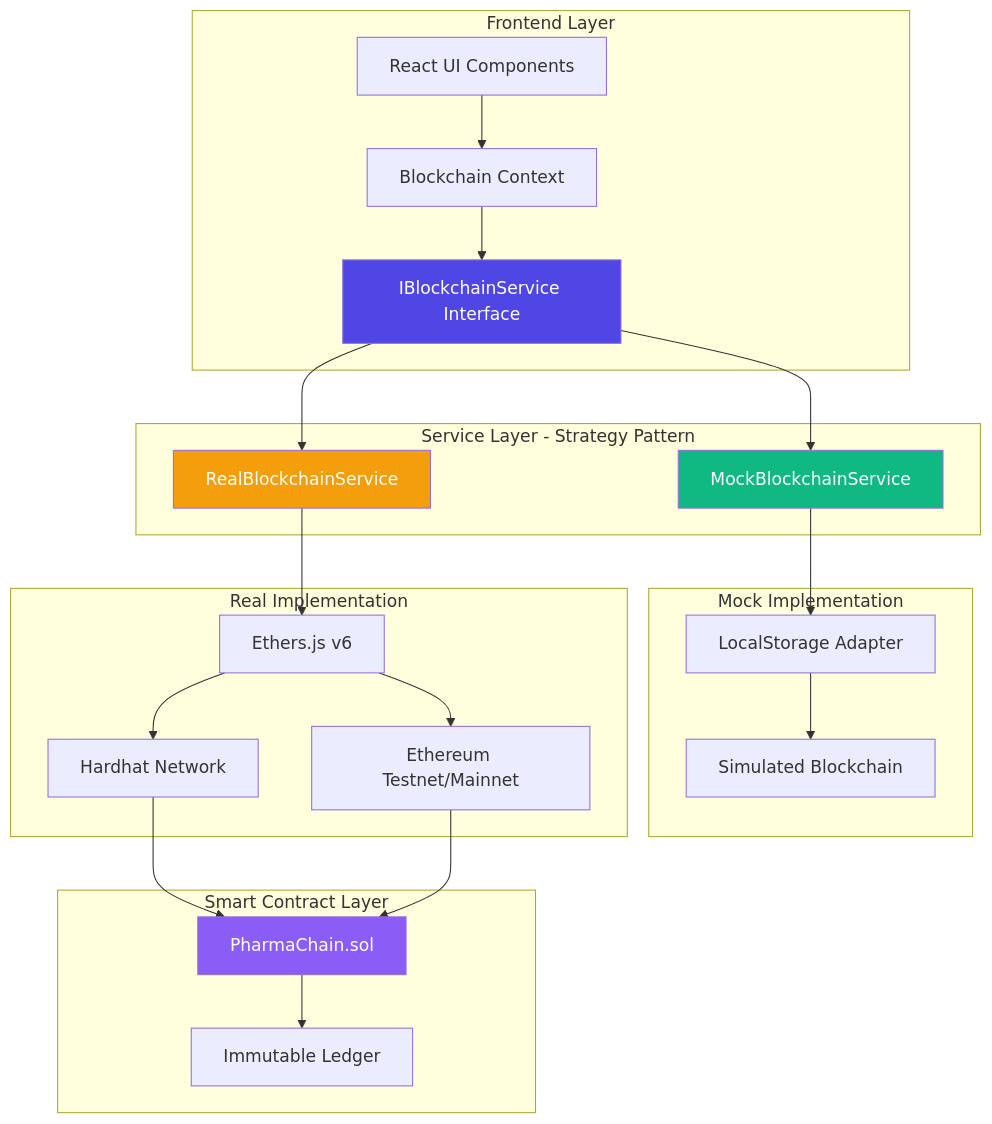
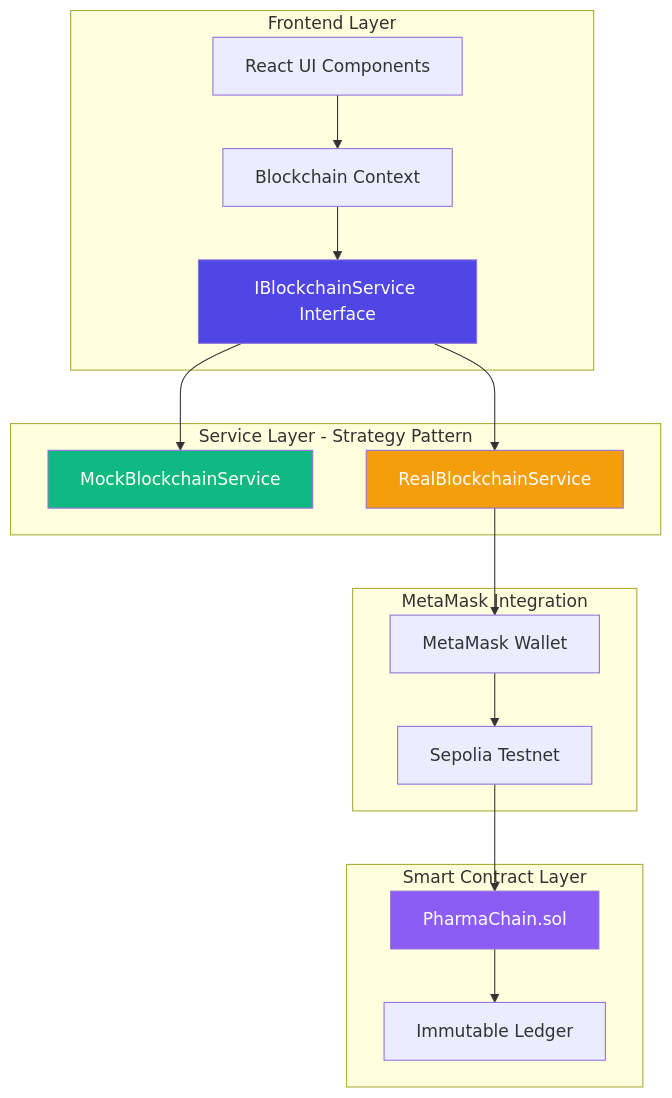
One commit to xPoleStarx/PharmaChain changed the diagram in README.md. Above: the diagram before and after it, drawn with Mermaid. The commit also changed other lines of this file and 17 other files, not shown here.

````diff
--- a/README.md
+++ b/README.md
@@ -56,34 +56,27 @@
 ```mermaid
 graph TB
     subgraph "Frontend Layer"
         A[React UI Components] --> B[Blockchain Context]
         B --> C[IBlockchainService Interface]
     end
     
     subgraph "Service Layer - Strategy Pattern"
         C --> D[MockBlockchainService]
         C --> E[RealBlockchainService]
     end
     
-    subgraph "Mock Implementation"
-        D --> F[LocalStorage Adapter]
-        F --> G[Simulated Blockchain]
-    end
-    
-    subgraph "Real Implementation"
-        E --> H[Ethers.js v6]
-        H --> I[Hardhat Network]
-        H --> J[Ethereum Testnet/Mainnet]
+    subgraph "MetaMask Integration"
+        E --> K[MetaMask Wallet]
+        K --> L[Sepolia Testnet]
     end
     
     subgraph "Smart Contract Layer"
-        I --> K[PharmaChain.sol]
-        J --> K
-        K --> L[Immutable Ledger]
+        L --> M[PharmaChain.sol]
+        M --> N[Immutable Ledger]
     end
     
     style C fill:#4F46E5,color:#fff
     style D fill:#10B981,color:#fff
     style E fill:#F59E0B,color:#fff
-    style K fill:#8B5CF6,color:#fff
+    style M fill:#8B5CF6,color:#fff
 ```
````
